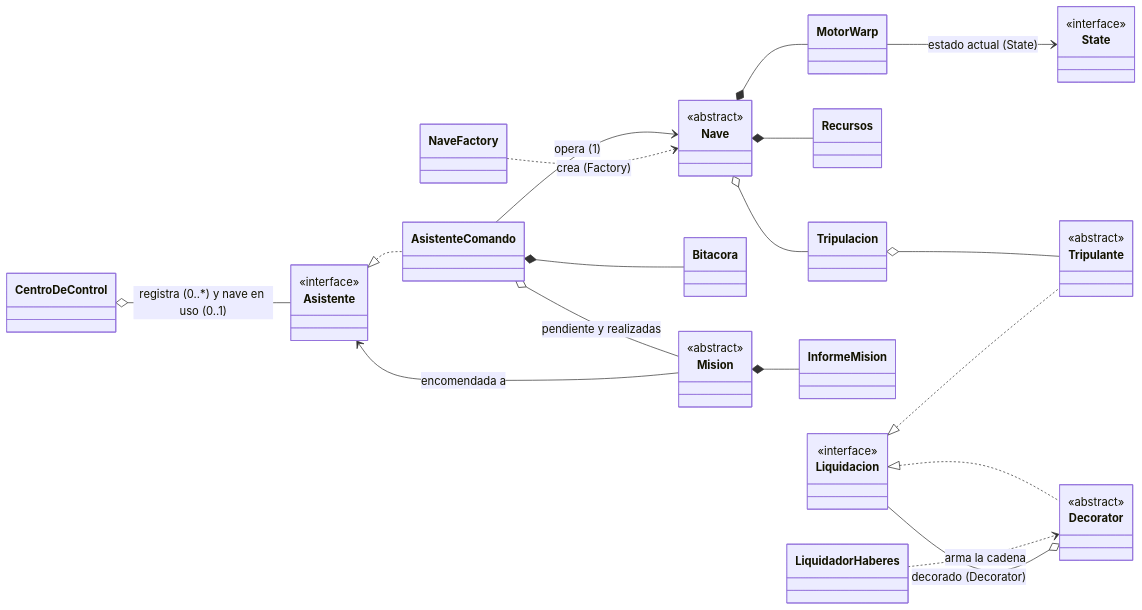
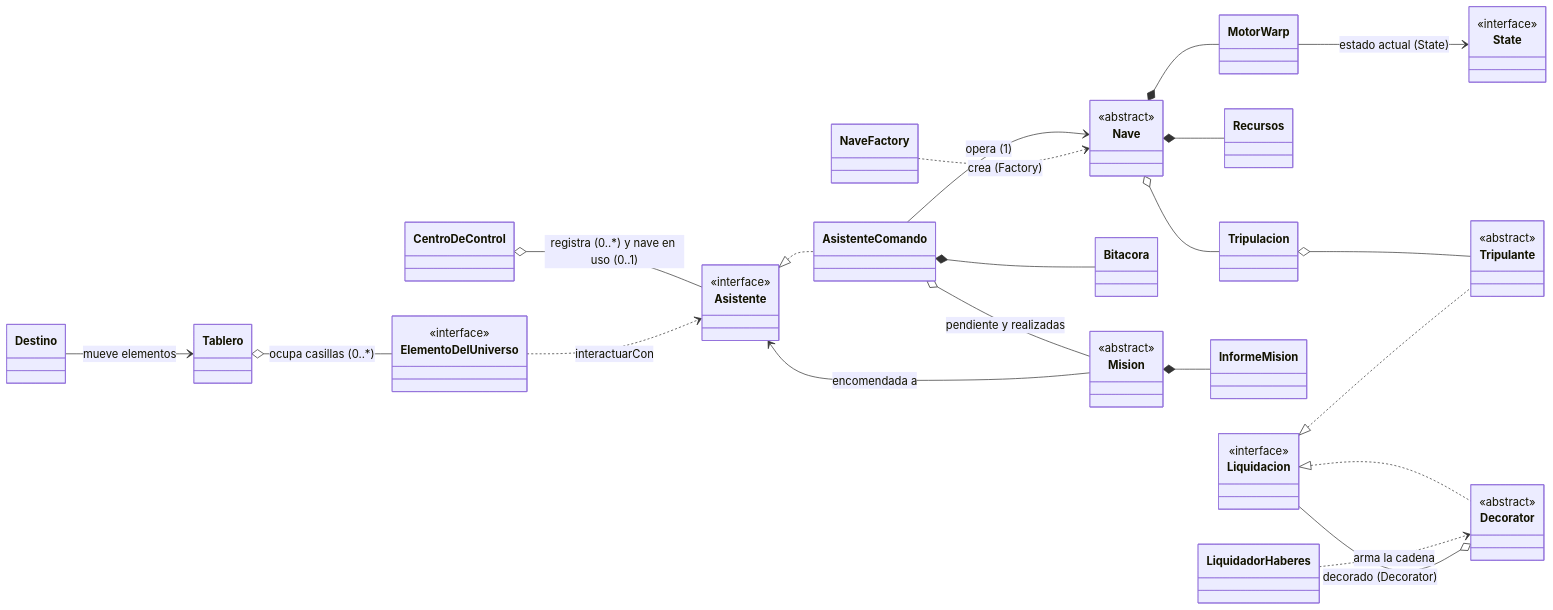
The first of 9 diagrams in docs/diagrama_clases.md (josesarregui/tpg-programacion-c-nave), drawn with Mermaid before and after one commit. The commit also changed other lines of this file and 25 other files, not shown here.

````diff
--- a/docs/diagrama_clases.md
+++ b/docs/diagrama_clases.md
@@ -13,45 +13,52 @@
 ```mermaid
 classDiagram
     direction LR
     class CentroDeControl
     class Asistente
     <<interface>> Asistente
     class AsistenteComando
     class Nave
     <<abstract>> Nave
     class NaveFactory
     class MotorWarp
     class State
     <<interface>> State
     class Recursos
     class Tripulacion
     class Tripulante
     <<abstract>> Tripulante
     class Bitacora
     class Mision
     <<abstract>> Mision
     class InformeMision
     class Liquidacion
     <<interface>> Liquidacion
     class Decorator
     <<abstract>> Decorator
     class LiquidadorHaberes
+    class ElementoDelUniverso
+    <<interface>> ElementoDelUniverso
+    class Tablero
+    class Destino
 
     CentroDeControl o-- Asistente : registra (0..*) y nave en uso (0..1)
     Asistente <|.. AsistenteComando
     AsistenteComando --> Nave : opera (1)
     AsistenteComando *-- Bitacora
     AsistenteComando o-- Mision : pendiente y realizadas
     Mision --> Asistente : encomendada a
     Mision *-- InformeMision
     NaveFactory ..> Nave : crea (Factory)
     Nave *-- Recursos
     Nave *-- MotorWarp
     MotorWarp --> State : estado actual (State)
     Nave o-- Tripulacion
     Tripulacion o-- Tripulante
     Liquidacion <|.. Tripulante
     Liquidacion <|.. Decorator
     Decorator o-- Liquidacion : decorado (Decorator)
     LiquidadorHaberes ..> Decorator : arma la cadena
+    Tablero o-- ElementoDelUniverso : ocupa casillas (0..*)
+    Destino --> Tablero : mueve elementos
+    ElementoDelUniverso ..> Asistente : interactuarCon
 ```
````
